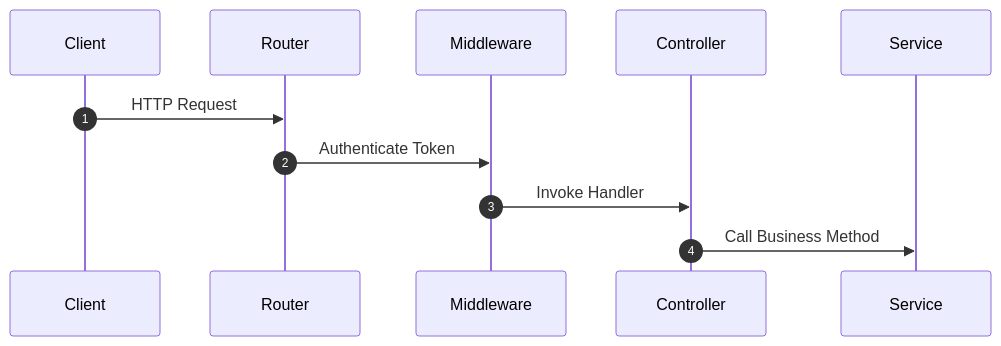
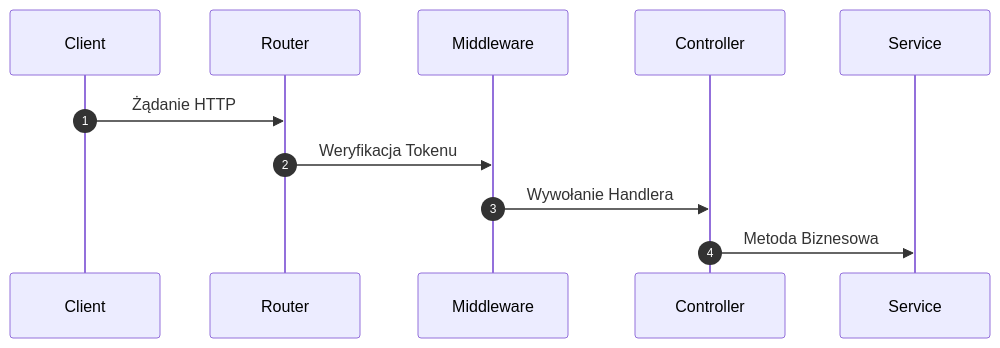
Before and after one commit to Thenessar/dev-buddies: the diagram in agents/app-guide.md, drawn with Mermaid. The commit also changed other lines of this file and 8 other files, not shown here.

Commit message:
feat: add diagram-reviewer agent and enforce clean Mermaid layout rules

````diff
--- a/agents/app-guide.md
+++ b/agents/app-guide.md
@@ -44,8 +44,8 @@
 ```mermaid
 sequenceDiagram
     autonumber
-    Client->>Router: HTTP Request
-    Router->>Middleware: Authenticate Token
-    Middleware->>Controller: Invoke Handler
-    Controller->>Service: Call Business Method
+    Client->>Router: Żądanie HTTP
+    Router->>Middleware: Weryfikacja Tokenu
+    Middleware->>Controller: Wywołanie Handlera
+    Controller->>Service: Metoda Biznesowa
 ```
````
